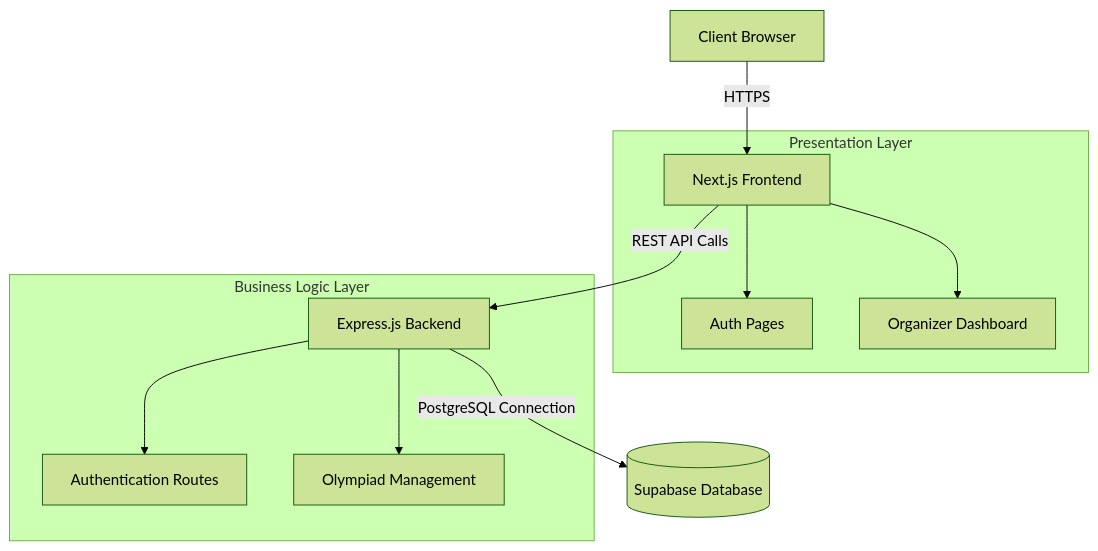
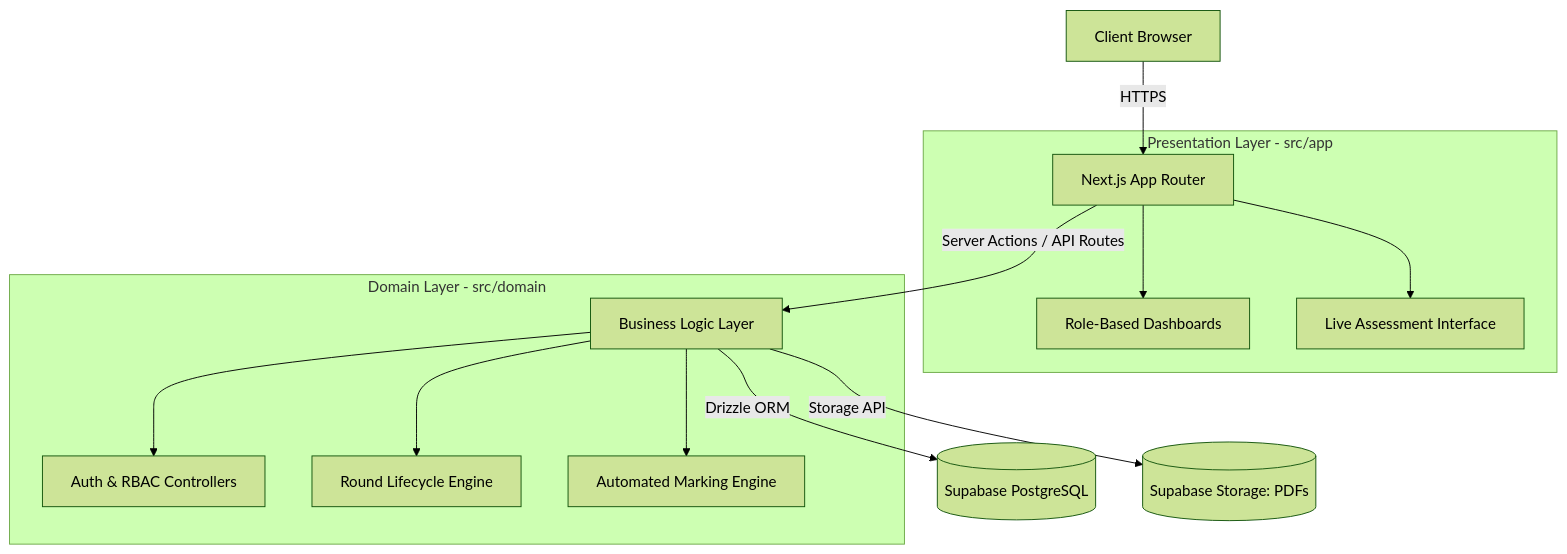
One commit to Jonaphan-Mareno/olympiade-portal changed the diagram in Documentation/docs/DevPlan/system-design.mdx. Above: the diagram before and after it, drawn with Mermaid (forest theme). The commit also changed other lines of this file and 11 other files, not shown here.

````diff
--- a/Documentation/docs/DevPlan/system-design.mdx
+++ b/Documentation/docs/DevPlan/system-design.mdx
@@ -9,18 +9,20 @@
 ```mermaid
 graph TD
-    Client[Client Browser] -->|HTTPS| Next[Next.js Frontend]
-    
-    subgraph Presentation Layer
-        Next --> AuthUI[Auth Pages]
-        Next --> DashUI[Organizer Dashboard]
+    Client[Client Browser] -->|HTTPS| Next[Next.js App Router]
+
+    subgraph Presentation Layer - src/app
+        Next --> DashUI[Role-Based Dashboards]
+        Next --> AssessUI[Live Assessment Interface]
     end
-    
-    Next -->|REST API Calls| Express[Express.js Backend]
-    
-    subgraph Business Logic Layer
-        Express --> AuthRoute[Authentication Routes]
-        Express --> DataRoute[Olympiad Management]
+
+    Next -->|Server Actions / API Routes| Logic[Business Logic Layer]
+
+    subgraph Domain Layer - src/domain
+        Logic --> AuthRoute[Auth & RBAC Controllers]
+        Logic --> Lifecycle[Round Lifecycle Engine]
+        Logic --> Grading[Automated Marking Engine]
     end
-    
-    Express -->|PostgreSQL Connection| DB[(Supabase Database)]
+
+    Logic -->|Drizzle ORM| DB[(Supabase PostgreSQL)]
+    Logic -->|Storage API| Storage[(Supabase Storage: PDFs)]
 ```
````
